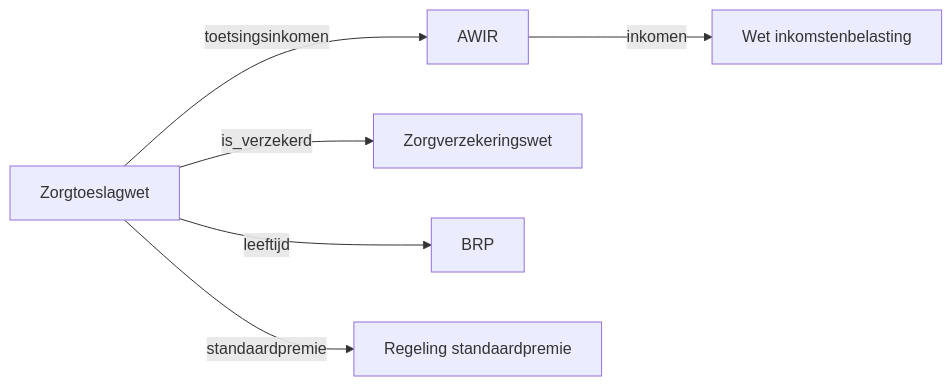
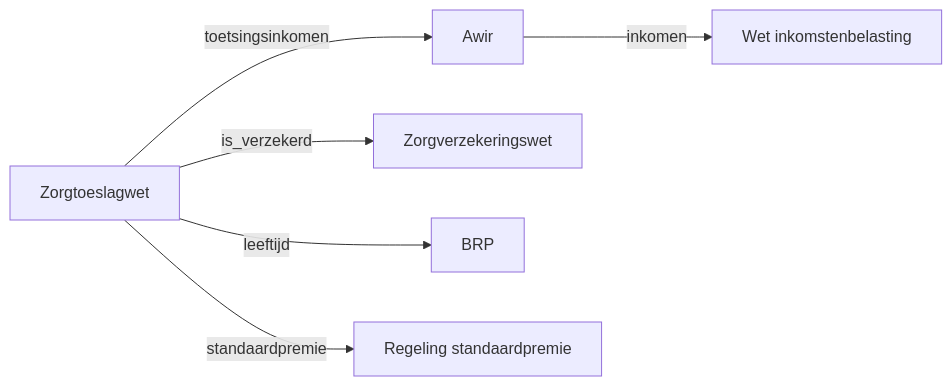
One commit to MinBZK/regelrecht changed the diagram in docs/src/content/docs/concepts/cross-law-references.md. Above: the diagram before and after it, drawn with Mermaid. The commit also changed other lines of this file and 3 other files, not shown here.

First line of the commit message:
docs: title-case overige wet-afkortingen (Awir, Woo, Wob)

````diff
--- a/docs/src/content/docs/concepts/cross-law-references.md
+++ b/docs/src/content/docs/concepts/cross-law-references.md
@@ -31,8 +31,8 @@
 ```mermaid
 flowchart LR
-    ZT[Zorgtoeslagwet] -->|toetsingsinkomen| AWIR
+    ZT[Zorgtoeslagwet] -->|toetsingsinkomen| Awir
     ZT -->|is_verzekerd| ZVW[Zorgverzekeringswet]
     ZT -->|leeftijd| BRP[BRP]
     ZT -->|standaardpremie| RSP[Regeling standaardpremie]
-    AWIR -->|inkomen| WIB[Wet inkomstenbelasting]
+    Awir -->|inkomen| WIB[Wet inkomstenbelasting]
 ```
````
